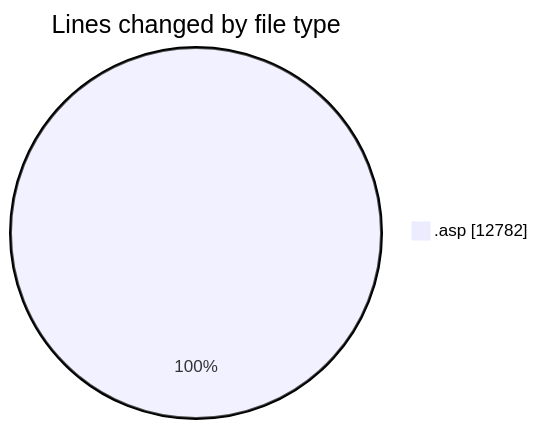
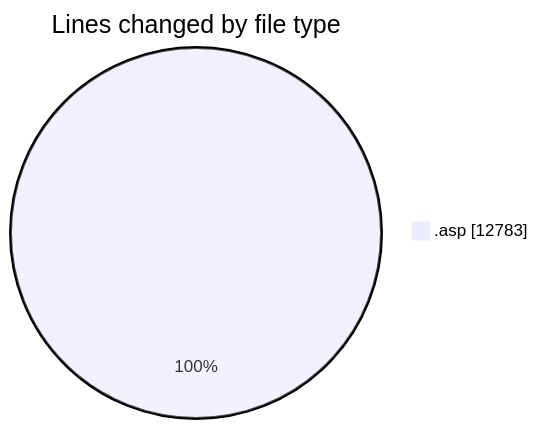
The first of 2 diagrams in 2025-11-27/cdp_aleoudev_fr__workspace_/README.md (julien-gomy/code-tracking), drawn with Mermaid before and after one commit. The commit also changed other lines of this file and 1 other file, not shown here.

````diff
--- a/2025-11-27/cdp_aleoudev_fr__workspace_/README.md
+++ b/2025-11-27/cdp_aleoudev_fr__workspace_/README.md
@@ -28,5 +28,5 @@
 ```mermaid
 pie showData
 title Lines changed by file type
-".asp" : 12782
+".asp" : 12783
 ```
````
